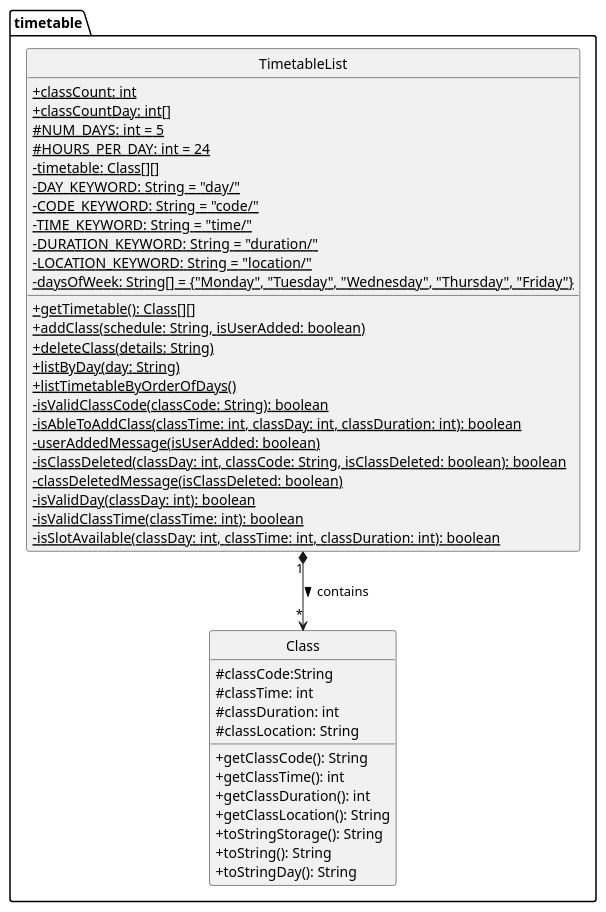
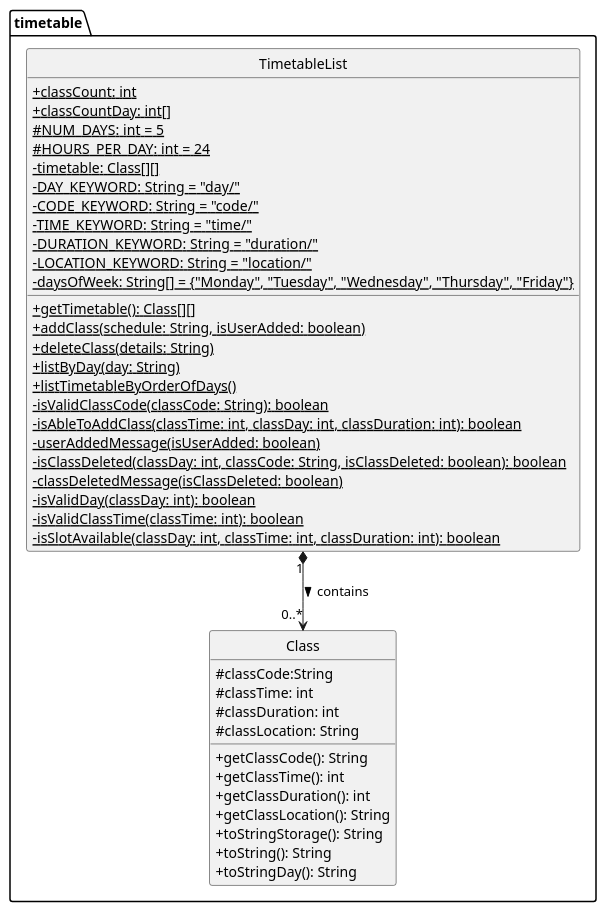
Before and after one commit to nyh3/tp: the diagram in docs/diagrams/classdiagram/TimetableCD.puml, drawn with PlantUML. The commit also changed 4 other files, not shown here.

Commit message:
Update diagrams

```diff
--- a/docs/diagrams/classdiagram/TimetableCD.puml
+++ b/docs/diagrams/classdiagram/TimetableCD.puml
@@ -1,51 +1,51 @@
 @startuml
 'https://plantuml.com/class-diagram
 
 hide circle
 skinparam classAttributeIconSize 0
 
 package timetable{
     class Class{
         # classCode:String
         # classTime: int
         # classDuration: int
         # classLocation: String
         + getClassCode(): String
         + getClassTime(): int
         + getClassDuration(): int
         + getClassLocation(): String
         + toStringStorage(): String
         + toString(): String
         + toStringDay(): String
     }
 
     class TimetableList{
         + {static} classCount: int
         + {static} classCountDay: int[]
         # {static} NUM_DAYS: int = 5
         # {static} HOURS_PER_DAY: int = 24
         - {static} timetable: Class[][]
         - {static} DAY_KEYWORD: String = "day/"
         - {static} CODE_KEYWORD: String = "code/"
         - {static} TIME_KEYWORD: String = "time/"
         - {static} DURATION_KEYWORD: String = "duration/"
         - {static} LOCATION_KEYWORD: String = "location/"
         - {static} daysOfWeek: String[] = {"Monday", "Tuesday", "Wednesday", "Thursday", "Friday"}
         + {static} getTimetable(): Class[][]
         + {static} addClass(schedule: String, isUserAdded: boolean)
         + {static} deleteClass(details: String)
         + {static} listByDay(day: String)
         + {static} listTimetableByOrderOfDays()
         - {static} isValidClassCode(classCode: String): boolean
         - {static} isAbleToAddClass(classTime: int, classDay: int, classDuration: int): boolean
         - {static} userAddedMessage(isUserAdded: boolean)
         - {static} isClassDeleted(classDay: int, classCode: String, isClassDeleted: boolean): boolean
         - {static} classDeletedMessage(isClassDeleted: boolean)
         - {static} isValidDay(classDay: int): boolean
         - {static} isValidClassTime(classTime: int): boolean
         - {static} isSlotAvailable(classDay: int, classTime: int, classDuration: int): boolean
     }
 }
 
-TimetableList "1" *--> "*" Class: contains >
+TimetableList "1" *--> "0..*" Class: contains >
 @enduml
```
